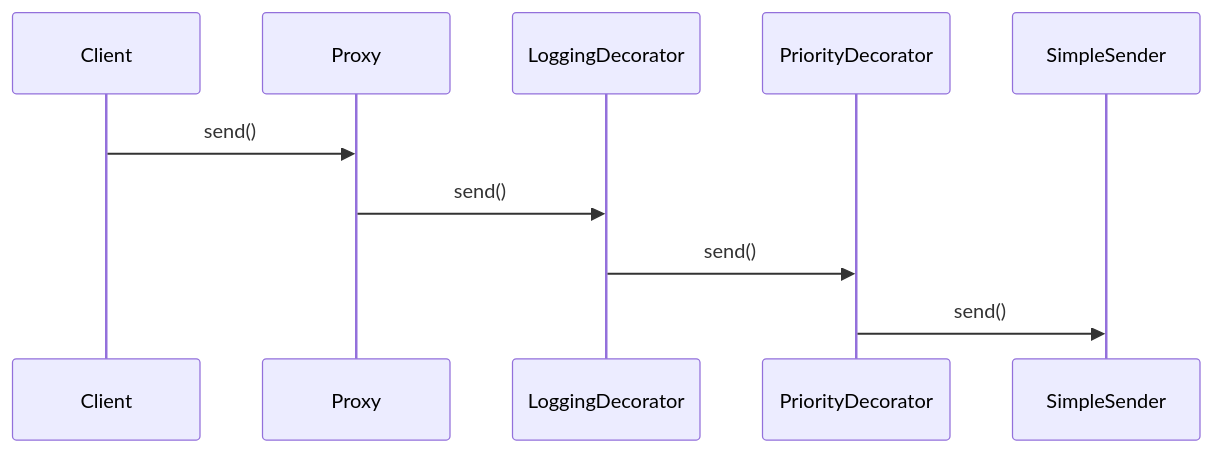
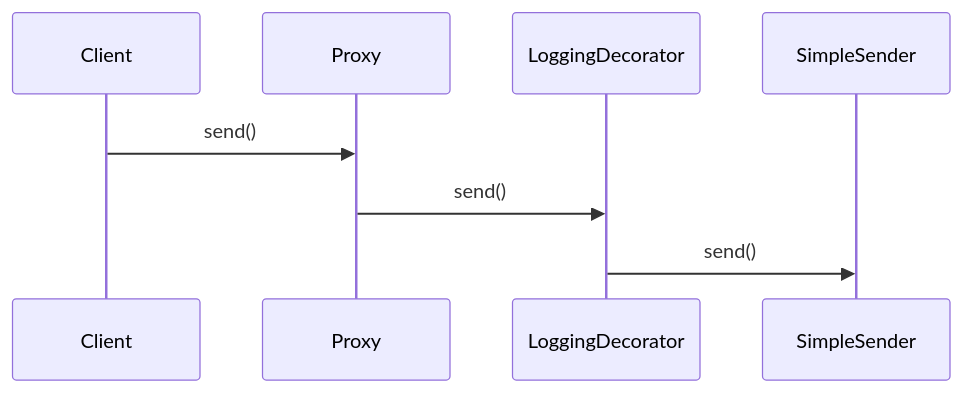
Before and after one commit to adidvar/ooap-project: the diagram in docs/lr5/nazar/sequence2.md, drawn with Mermaid.

````diff
--- a/docs/lr5/nazar/sequence2.md
+++ b/docs/lr5/nazar/sequence2.md
@@ -1,13 +1,11 @@
 ```mermaid
 sequenceDiagram
     participant Client
     participant Proxy
     participant LoggingDecorator
-    participant PriorityDecorator
     participant SimpleSender
 
     Client->>Proxy: send()
     Proxy->>LoggingDecorator: send()
-    LoggingDecorator->>PriorityDecorator: send()
-    PriorityDecorator->>SimpleSender: send()
+    LoggingDecorator->>SimpleSender: send()
 ```
````
